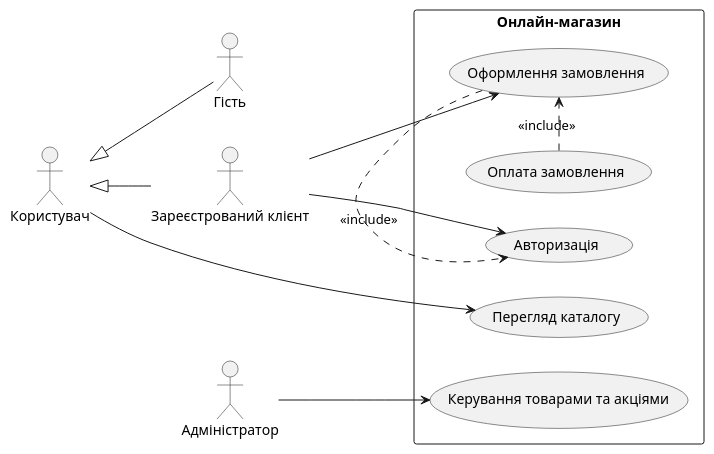
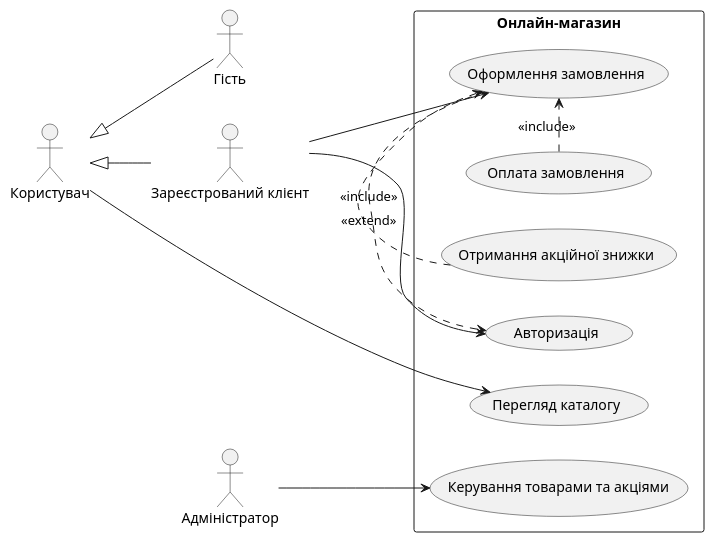
One commit to S1lverFoot/kpilabs changed the diagram in lab2/usecases.puml. Above: the diagram before and after it, drawn with PlantUML.

Commit message:
fix(lab2)
add promotional discount use case with extend relation

```diff
--- a/lab2/usecases.puml
+++ b/lab2/usecases.puml
@@ -1,28 +1,30 @@
 @startuml
 left to right direction
 skinparam packageStyle rectangle
 
 actor "Користувач" as User
 actor "Гість" as Guest
 actor "Зареєстрований клієнт" as Customer
 actor "Адміністратор" as Admin
 
 Guest -up-|> User
 Customer -up-|> User
 
 rectangle "Онлайн-магазин" {
     usecase "Перегляд каталогу" as UC1
     usecase "Оформлення замовлення" as UC2
     usecase "Оплата замовлення" as UC3
     usecase "Авторизація" as UC4
     usecase "Керування товарами та акціями" as UC5
+    usecase "Отримання акційної знижки" as UC6
 }
 
 User --> UC1
 Customer --> UC2
 Customer --> UC4
 Admin --> UC5
 
 UC3 .> UC2 : <<include>>
 UC2 .> UC4 : <<include>>
+UC6 .> UC2 : <<extend>>
 @enduml
```
